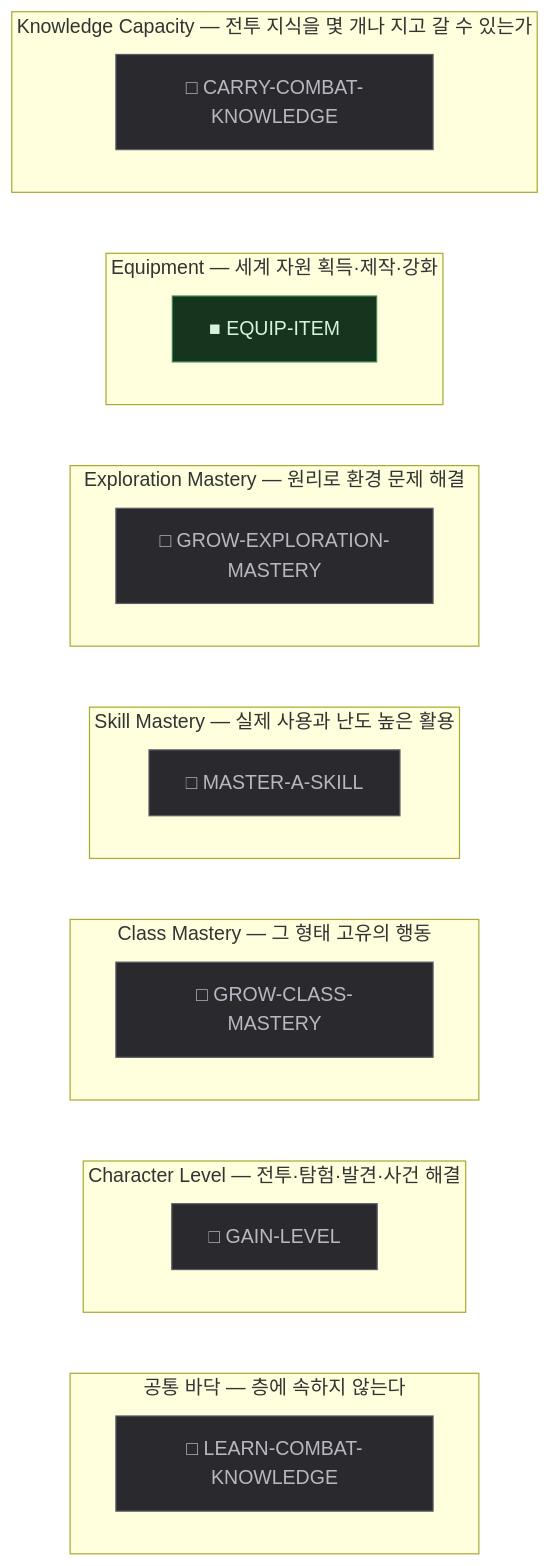
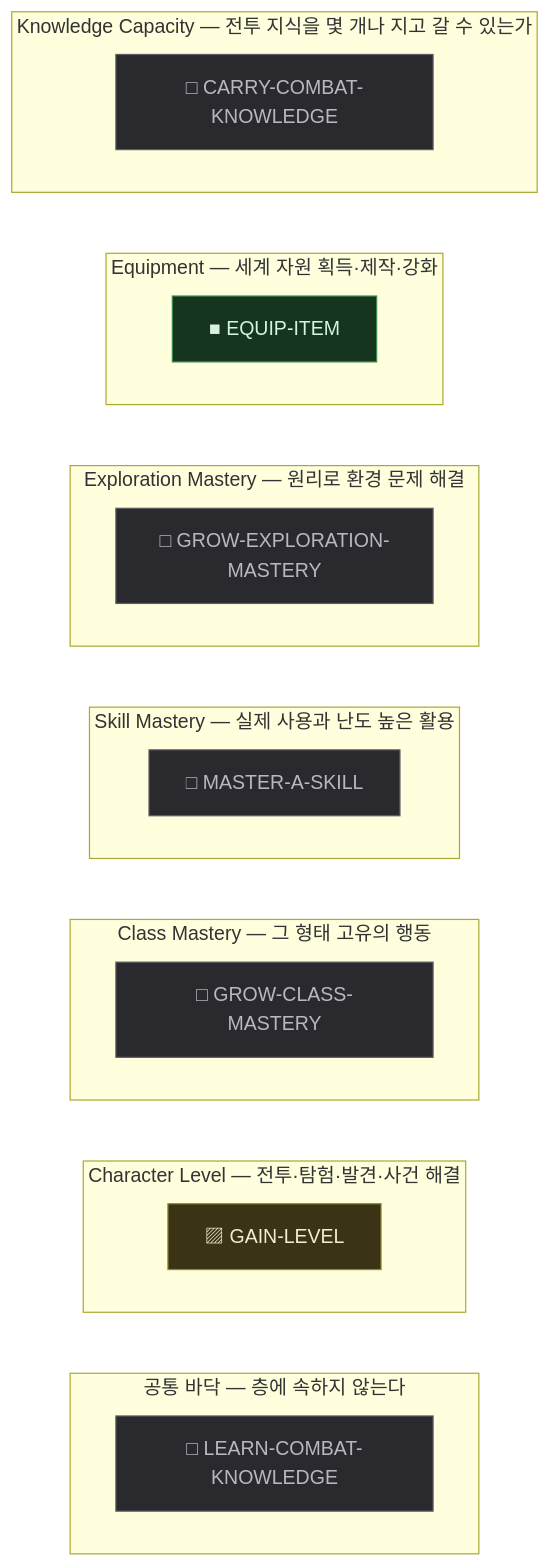
Before and after one commit to dkwkekzz/HktFramework: diagram 15 of 17 in HktAdvProtoH/content/proto-adventure/master/graph/GRAPH.md, drawn with Mermaid. The commit also changed other lines of this file and 7 other files, not shown here.

````diff
--- a/HktAdvProtoH/content/proto-adventure/master/graph/GRAPH.md
+++ b/HktAdvProtoH/content/proto-adventure/master/graph/GRAPH.md
@@ -574,39 +574,40 @@
 ```mermaid
 flowchart TB
   subgraph SEG0 ["Knowledge Capacity — 전투 지식을 몇 개나 지고 갈 수 있는가"]
     N0["□ CARRY-COMBAT-KNOWLEDGE"]
   end
   subgraph SEG1 ["Equipment — 세계 자원 획득·제작·강화"]
     N1["■ EQUIP-ITEM"]
   end
   subgraph SEG2 ["Exploration Mastery — 원리로 환경 문제 해결"]
     N2["□ GROW-EXPLORATION-MASTERY"]
   end
   subgraph SEG3 ["Skill Mastery — 실제 사용과 난도 높은 활용"]
     N3["□ MASTER-A-SKILL"]
   end
   subgraph SEG4 ["Class Mastery — 그 형태 고유의 행동"]
     N4["□ GROW-CLASS-MASTERY"]
   end
   subgraph SEG5 ["Character Level — 전투·탐험·발견·사건 해결"]
-    N5["□ GAIN-LEVEL"]
+    N5["▨ GAIN-LEVEL"]
   end
   subgraph SEGBASE ["공통 바닥 — 층에 속하지 않는다"]
     N6["□ LEARN-COMBAT-KNOWLEDGE"]
   end
   SEG0 ~~~ SEG1
   SEG1 ~~~ SEG2
   SEG2 ~~~ SEG3
   SEG3 ~~~ SEG4
   SEG4 ~~~ SEG5
   SEG5 ~~~ SEGBASE
 
   classDef impl fill:#16351f,stroke:#3f8a52,color:#d8f2df;
   classDef part fill:#3a3315,stroke:#9a8a2e,color:#f2ecd0;
   classDef miss fill:#2a2a2e,stroke:#5c5c66,color:#b8b8c2;
   classDef implS fill:#16351f,stroke:#3f8a52,color:#d8f2df,stroke-dasharray:5 4;
   classDef partS fill:#3a3315,stroke:#9a8a2e,color:#f2ecd0,stroke-dasharray:5 4;
   classDef missS fill:#2a2a2e,stroke:#5c5c66,color:#b8b8c2,stroke-dasharray:5 4;
   class N1 impl;
-  class N0,N2,N3,N4,N5,N6 miss;
+  class N5 part;
+  class N0,N2,N3,N4,N6 miss;
 ```
````
